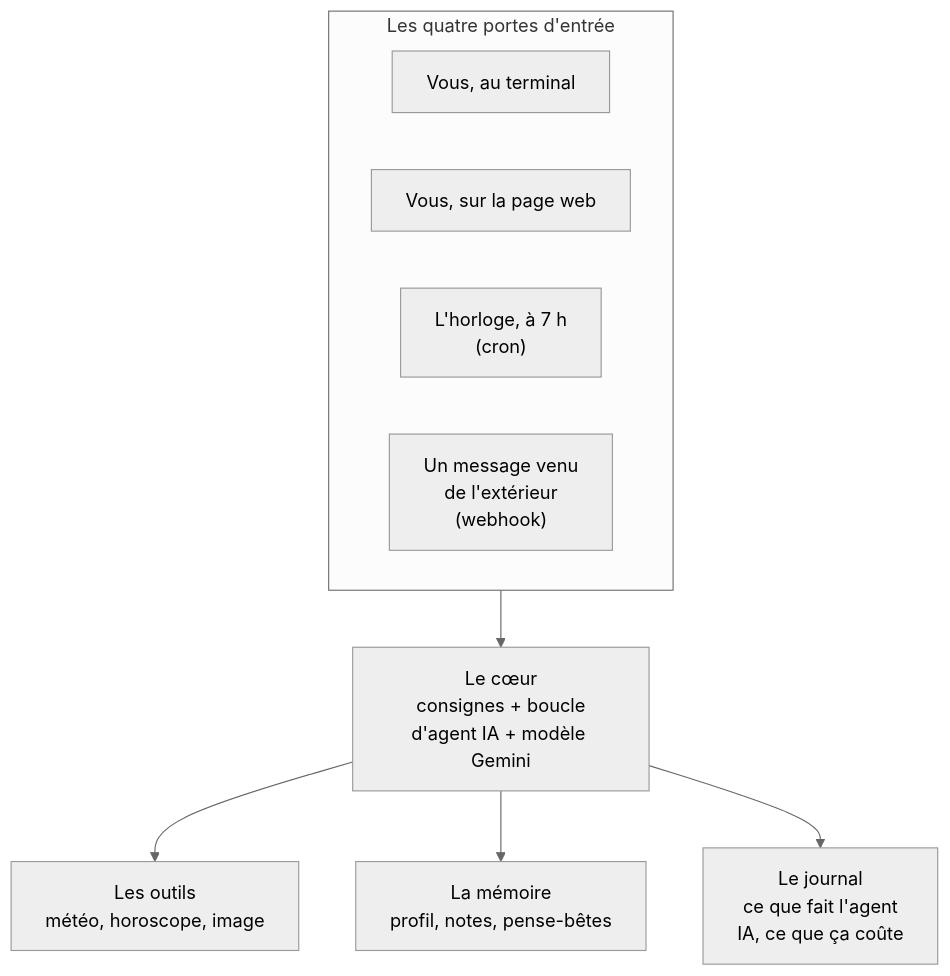
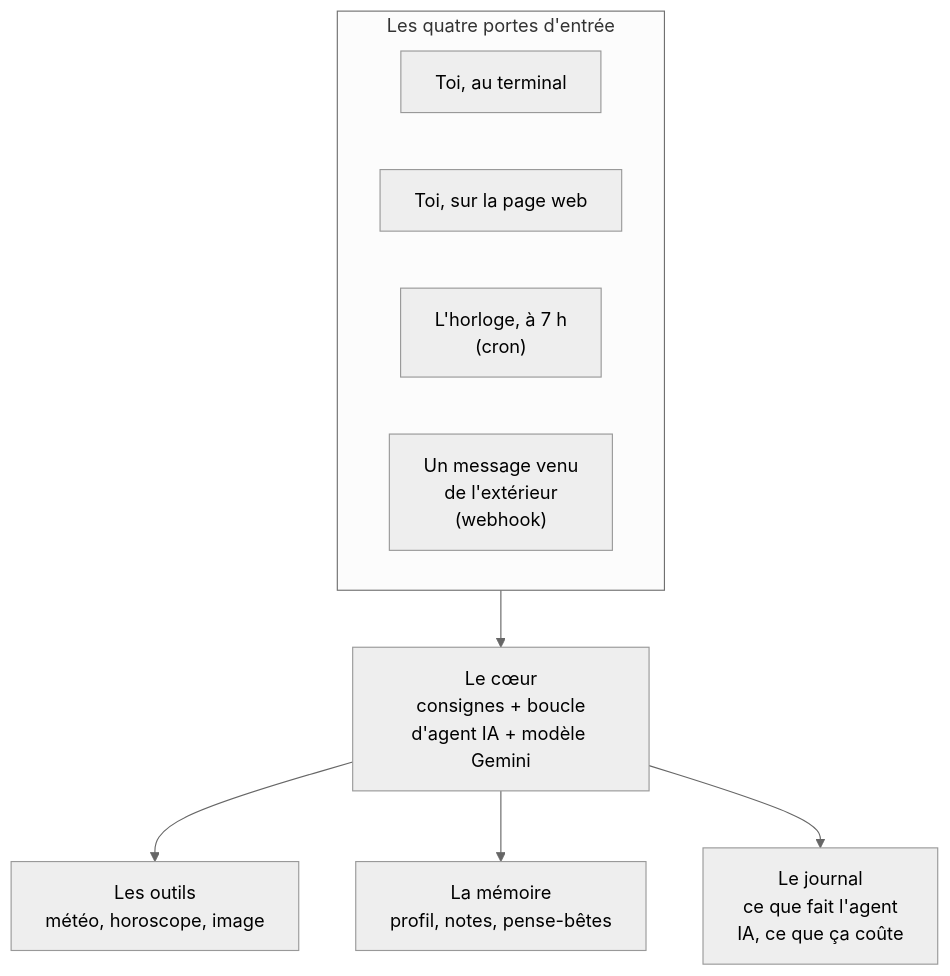
One commit to lecinquiemejour-code/goodvibe-tuto changed the third of 4 diagrams in README.md. Above: the diagram before and after it, drawn with Mermaid (neutral theme). The commit also changed other lines of this file and 1 other file, not shown here.

````diff
--- a/README.md
+++ b/README.md
@@ -92,13 +92,13 @@
 ```mermaid
 flowchart TD
     subgraph E["Les quatre portes d'entrée"]
-        T1["Vous, au terminal"]
-        T2["Vous, sur la page web"]
+        T1["Toi, au terminal"]
+        T2["Toi, sur la page web"]
         T3["L'horloge, à 7 h<br/>(cron)"]
         T4["Un message venu<br/>de l'extérieur<br/>(webhook)"]
     end
     E --> C["Le cœur<br/>consignes + boucle<br/>d'agent IA + modèle Gemini"]
     C --> O["Les outils<br/>météo, horoscope, image"]
     C --> MEM["La mémoire<br/>profil, notes, pense-bêtes"]
     C --> JR["Le journal<br/>ce que fait l'agent<br/>IA, ce que ça coûte"]
 ```
````
